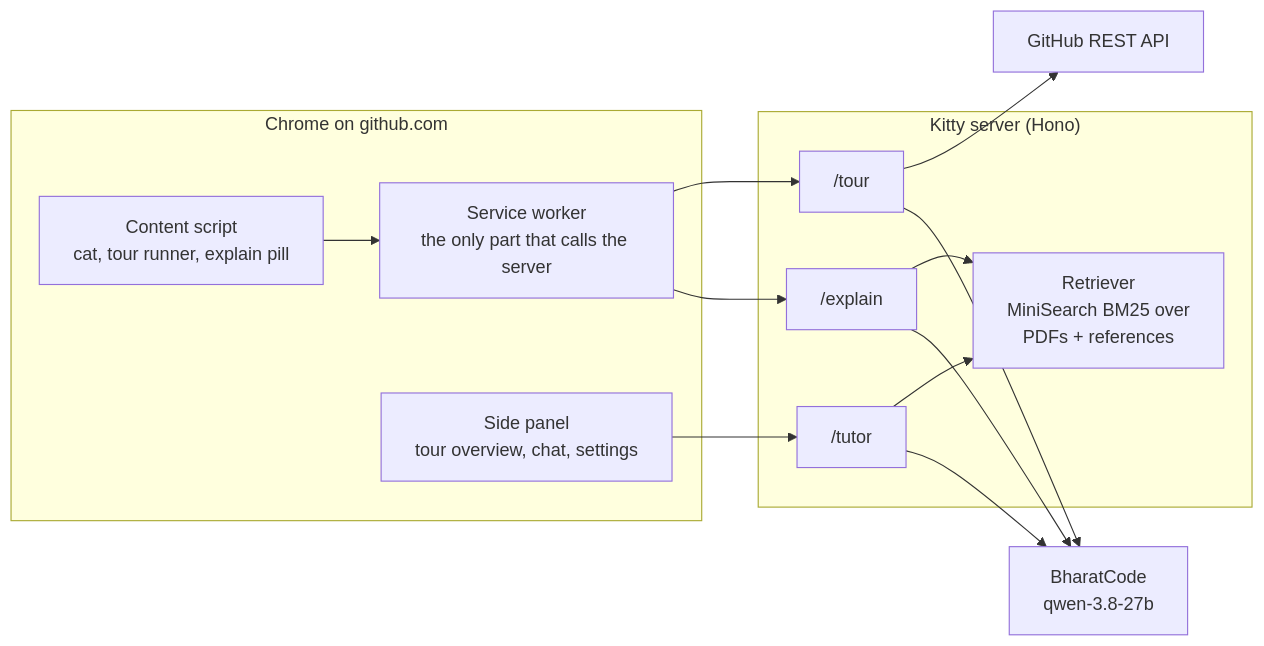
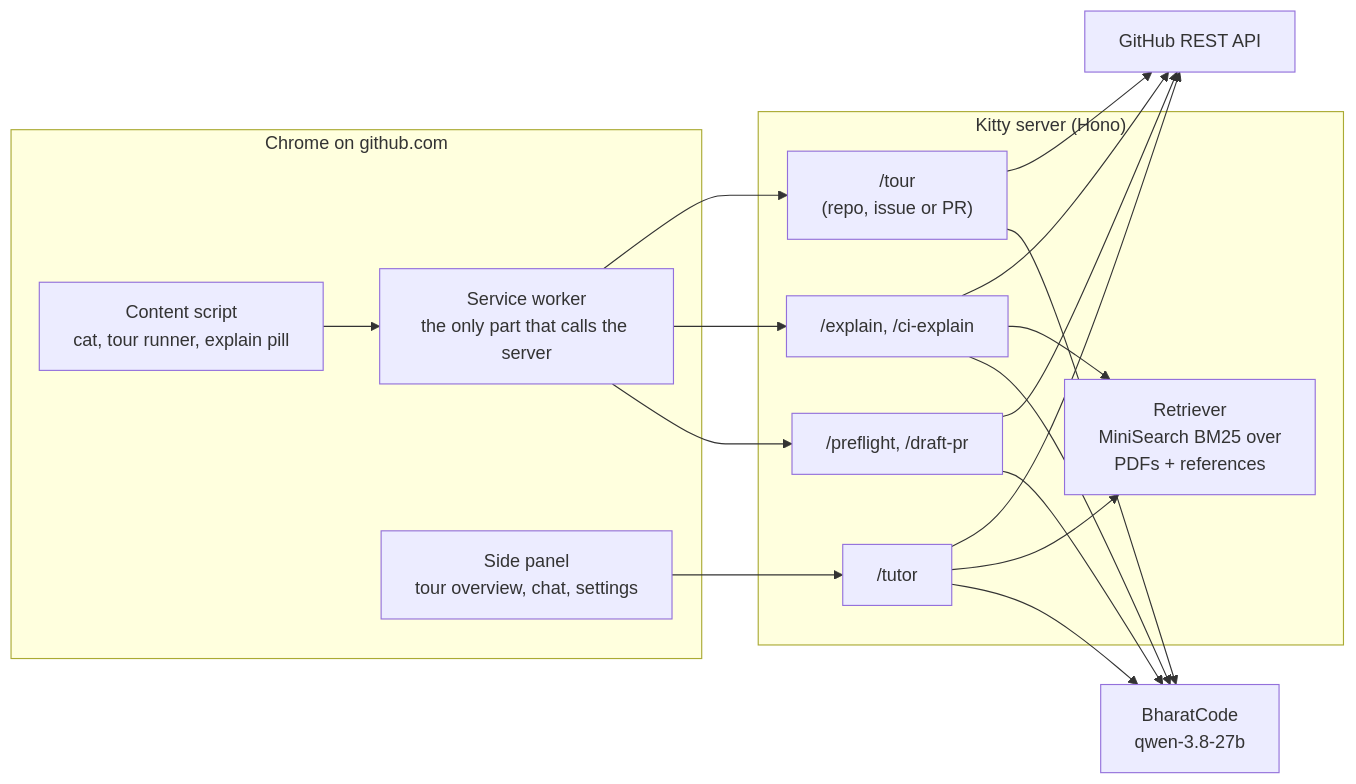
The diagram in kitty/README.md (Krish6115/GitxGithub), drawn with Mermaid before and after one commit. The commit also changed other lines of this file and 7 other files, not shown here.

````diff
--- a/kitty/README.md
+++ b/kitty/README.md
@@ -52,22 +52,24 @@
 ```mermaid
 flowchart LR
   subgraph Browser["Chrome on github.com"]
     CS["Content script<br/>cat, tour runner, explain pill"]
     SW["Service worker<br/>the only part that calls the server"]
     SP["Side panel<br/>tour overview, chat, settings"]
   end
   subgraph Server["Kitty server (Hono)"]
-    T["/tour"]
+    T["/tour<br/>(repo, issue or PR)"]
     Q["/tutor"]
-    X["/explain"]
+    X["/explain, /ci-explain"]
+    P["/preflight, /draft-pr"]
     R["Retriever<br/>MiniSearch BM25 over<br/>PDFs + references"]
   end
   GH["GitHub REST API"]
   BC["BharatCode<br/>qwen-3.8-27b"]
-  CS --> SW --> T & X
+  CS --> SW --> T & X & P
   SP --> Q
-  T --> GH
+  T & P & X --> GH
+  Q --> GH
   Q --> R
   X --> R
-  T & Q & X --> BC
+  T & Q & X & P --> BC
 ```
````
